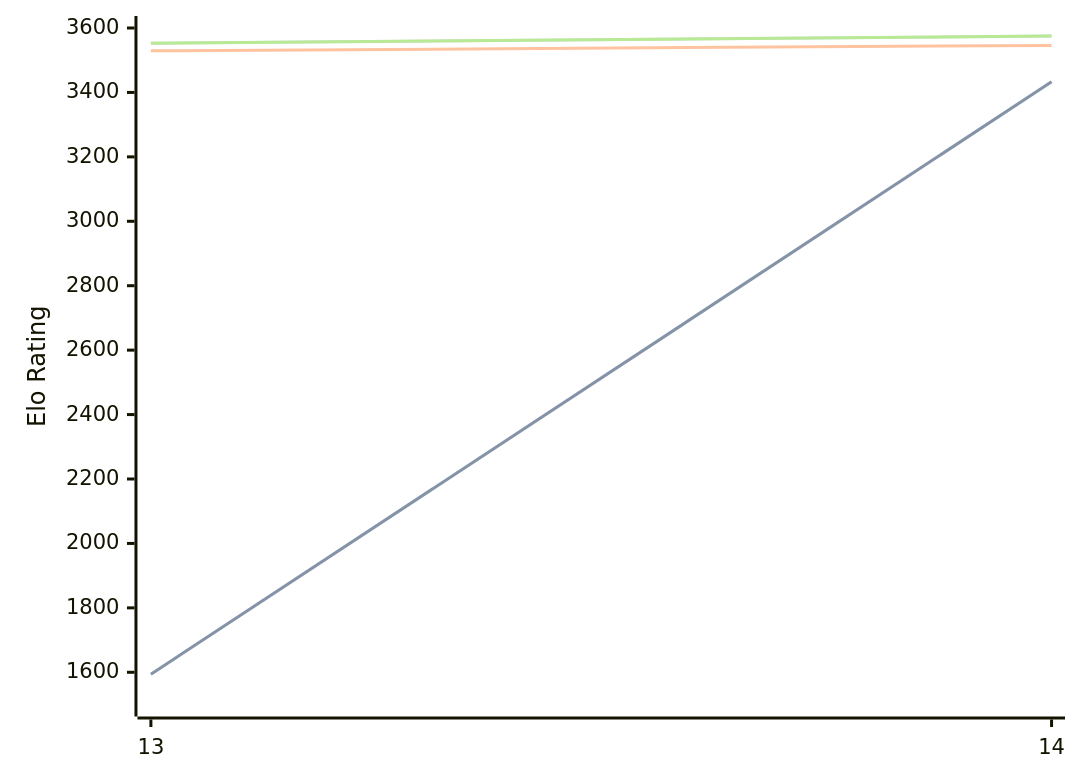
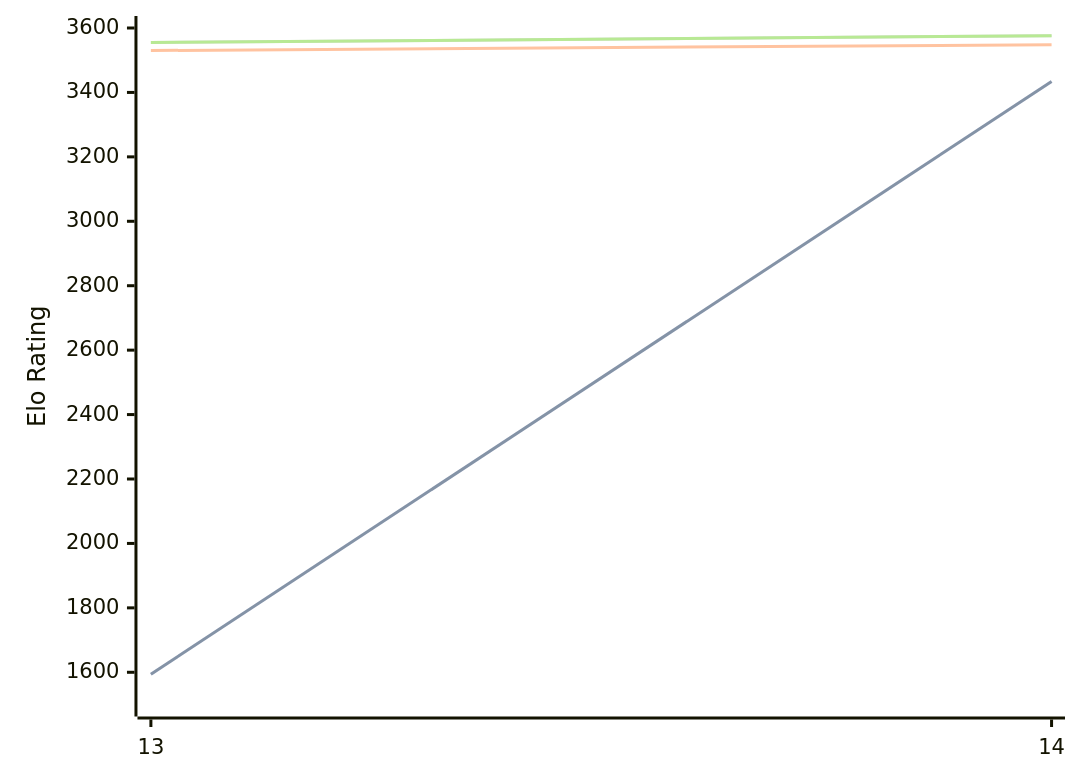
The diagram in engines/Berserk.md (computer-chess-index/cci), drawn with Mermaid before and after one commit. The commit also changed other lines of this file, not shown here.

Commit message:
Update CCI Ratings (ELO VLTC) - 2026-09-07

````diff
--- a/engines/Berserk.md
+++ b/engines/Berserk.md
@@ -33,11 +33,11 @@
 ```mermaid
 %%{init: {"theme":"base","themeVariables":{"seriesColors:['#a3a3a3','#222221','#faa371']}}}%%
 xychart-beta
   x-axis ["13", "14"]
   y-axis "Elo Rating" 1500 --> 3600
-  line "" [1594, 3433]
-  line "STC (8.0+0.08s)" [1594, 3433]
-  line "LTC (60.0+0.60s)" [3529, 3546]
-  line "" [3553, 3575]
-  line "VLTC (2m24s+1.12s)" [3553, 3575]
+  line "" [1594, 3434]
+  line "STC (8.0+0.08s)" [1594, 3434]
+  line "LTC (60.0+0.60s)" [3530, 3548]
+  line "" [3555, 3576]
+  line "VLTC (2m24s+1.12s)" [3555, 3576]
 ```
````
